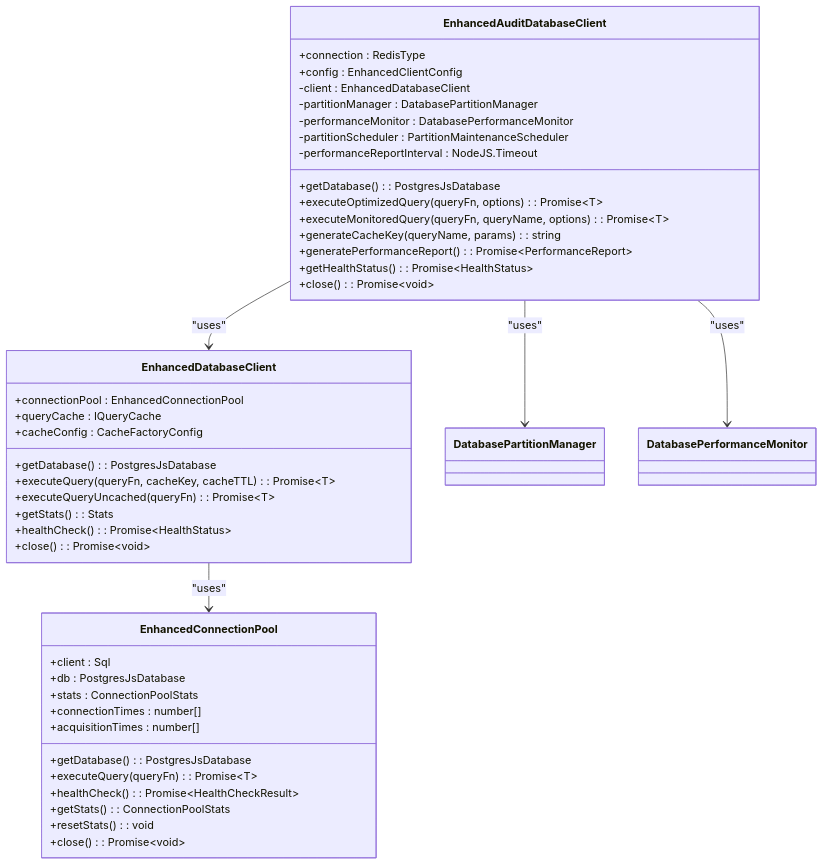
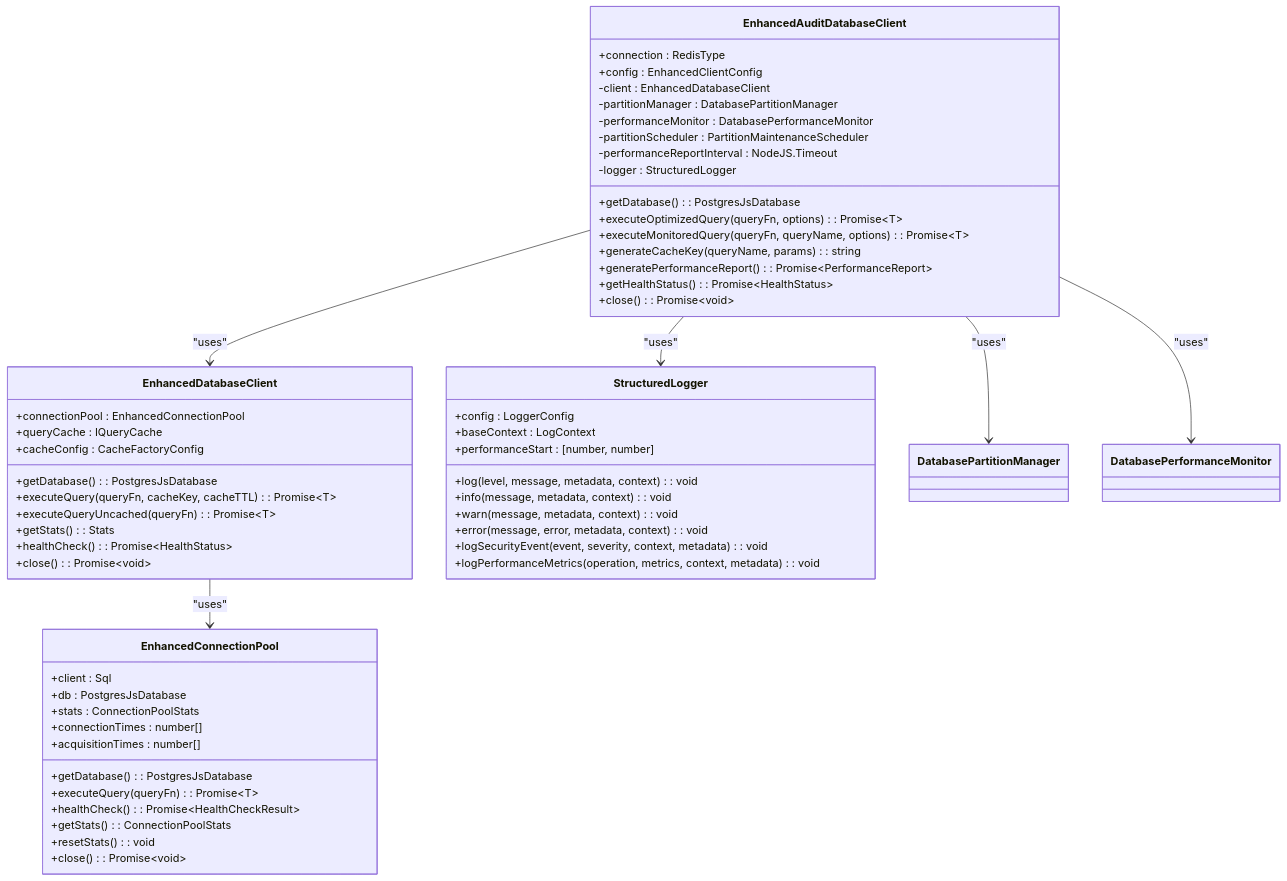
One commit to smedrec/smart-logs changed the third of 11 diagrams in .qoder/repowiki/en/content/Audit Database/Security and Access Control.md. Above: the diagram before and after it, drawn with Mermaid. The commit also changed other lines of this file and 17 other files, not shown here.

First line of the commit message:
feat(audit): integrate database preset handler and structured logging system

````diff
--- a/.qoder/repowiki/en/content/Audit Database/Security and Access Control.md
+++ b/.qoder/repowiki/en/content/Audit Database/Security and Access Control.md
@@ -143,47 +161,60 @@
 ```mermaid
 classDiagram
 class EnhancedAuditDatabaseClient {
 +connection : RedisType
 +config : EnhancedClientConfig
 -client : EnhancedDatabaseClient
 -partitionManager : DatabasePartitionManager
 -performanceMonitor : DatabasePerformanceMonitor
 -partitionScheduler : PartitionMaintenanceScheduler
 -performanceReportInterval : NodeJS.Timeout
+-logger : StructuredLogger
 +getDatabase() : PostgresJsDatabase
 +executeOptimizedQuery(queryFn, options) : Promise~T~
 +executeMonitoredQuery(queryFn, queryName, options) : Promise~T~
 +generateCacheKey(queryName, params) : string
 +generatePerformanceReport() : Promise~PerformanceReport~
 +getHealthStatus() : Promise~HealthStatus~
 +close() : Promise~void~
 }
 class EnhancedDatabaseClient {
 +connectionPool : EnhancedConnectionPool
 +queryCache : IQueryCache
 +cacheConfig : CacheFactoryConfig
 +getDatabase() : PostgresJsDatabase
 +executeQuery(queryFn, cacheKey, cacheTTL) : Promise~T~
 +executeQueryUncached(queryFn) : Promise~T~
 +getStats() : Stats
 +healthCheck() : Promise~HealthStatus~
 +close() : Promise~void~
 }
 class EnhancedConnectionPool {
 +client : Sql
 +db : PostgresJsDatabase
 +stats : ConnectionPoolStats
 +connectionTimes : number[]
 +acquisitionTimes : number[]
 +getDatabase() : PostgresJsDatabase
 +executeQuery(queryFn) : Promise~T~
 +healthCheck() : Promise~HealthCheckResult~
 +getStats() : ConnectionPoolStats
 +resetStats() : void
 +close() : Promise~void~
 }
+class StructuredLogger {
++config : LoggerConfig
++baseContext : LogContext
++performanceStart : [number, number]
++log(level, message, metadata, context) : void
++info(message, metadata, context) : void
++warn(message, metadata, context) : void
++error(message, error, metadata, context) : void
++logSecurityEvent(event, severity, context, metadata) : void
++logPerformanceMetrics(operation, metrics, context, metadata) : void
+}
 EnhancedAuditDatabaseClient --> EnhancedDatabaseClient : "uses"
 EnhancedDatabaseClient --> EnhancedConnectionPool : "uses"
 EnhancedAuditDatabaseClient --> DatabasePartitionManager : "uses"
 EnhancedAuditDatabaseClient --> DatabasePerformanceMonitor : "uses"
+EnhancedAuditDatabaseClient --> StructuredLogger : "uses"
 ```
````
